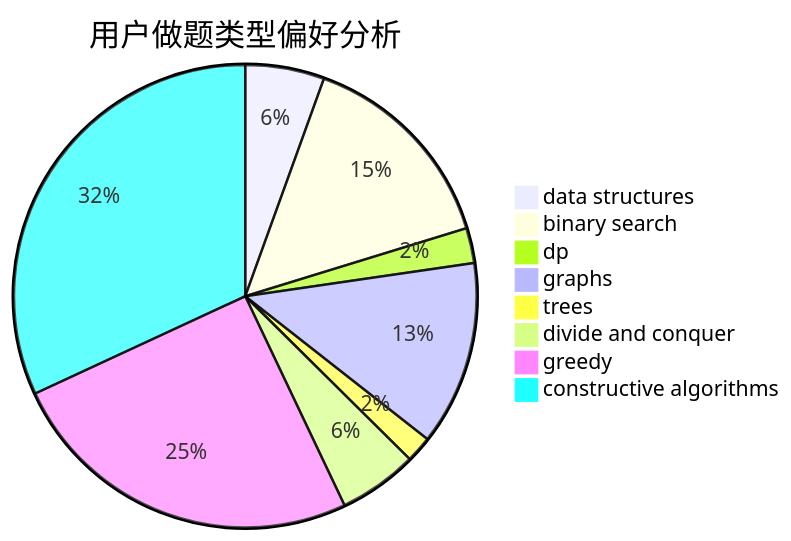
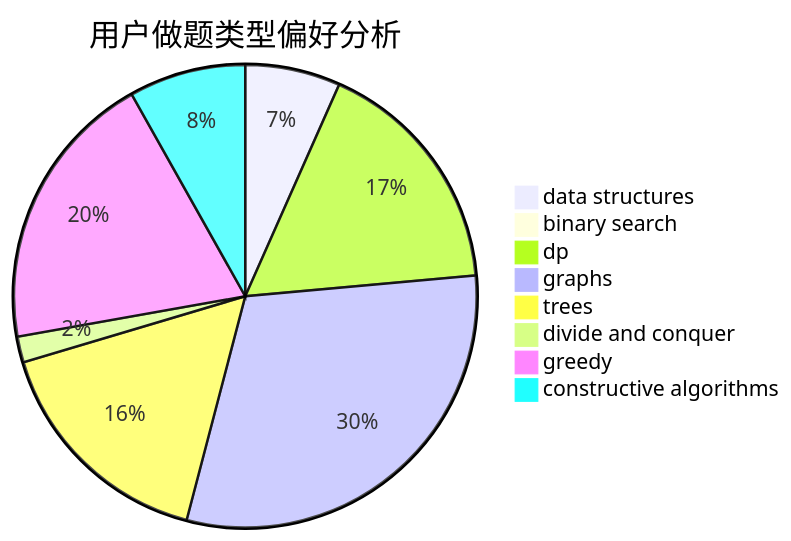
Before and after one commit to sherpahu/cfrs.github.io: the second of 3 diagrams in docs/user/u720.md, drawn with Mermaid. The commit also changed other lines of this file and 2770 other files, not shown here.

````diff
--- a/docs/user/u720.md
+++ b/docs/user/u720.md
@@ -23,11 +23,11 @@
 ```mermaid
 pie title 用户做题类型偏好分析
-    "data structures" :  9
-    "binary search" :  24
-    "dp" :  4
-    "graphs" :  21
-    "trees" :  3
-    "divide and conquer" :  9
-    "greedy" :  41
-    "constructive algorithms" :  52
+    "data structures" :  22
+    "binary search" :  2
+    "dp" :  56
+    "graphs" :  101
+    "trees" :  54
+    "divide and conquer" :  6
+    "greedy" :  65
+    "constructive algorithms" :  27
 ```
````
